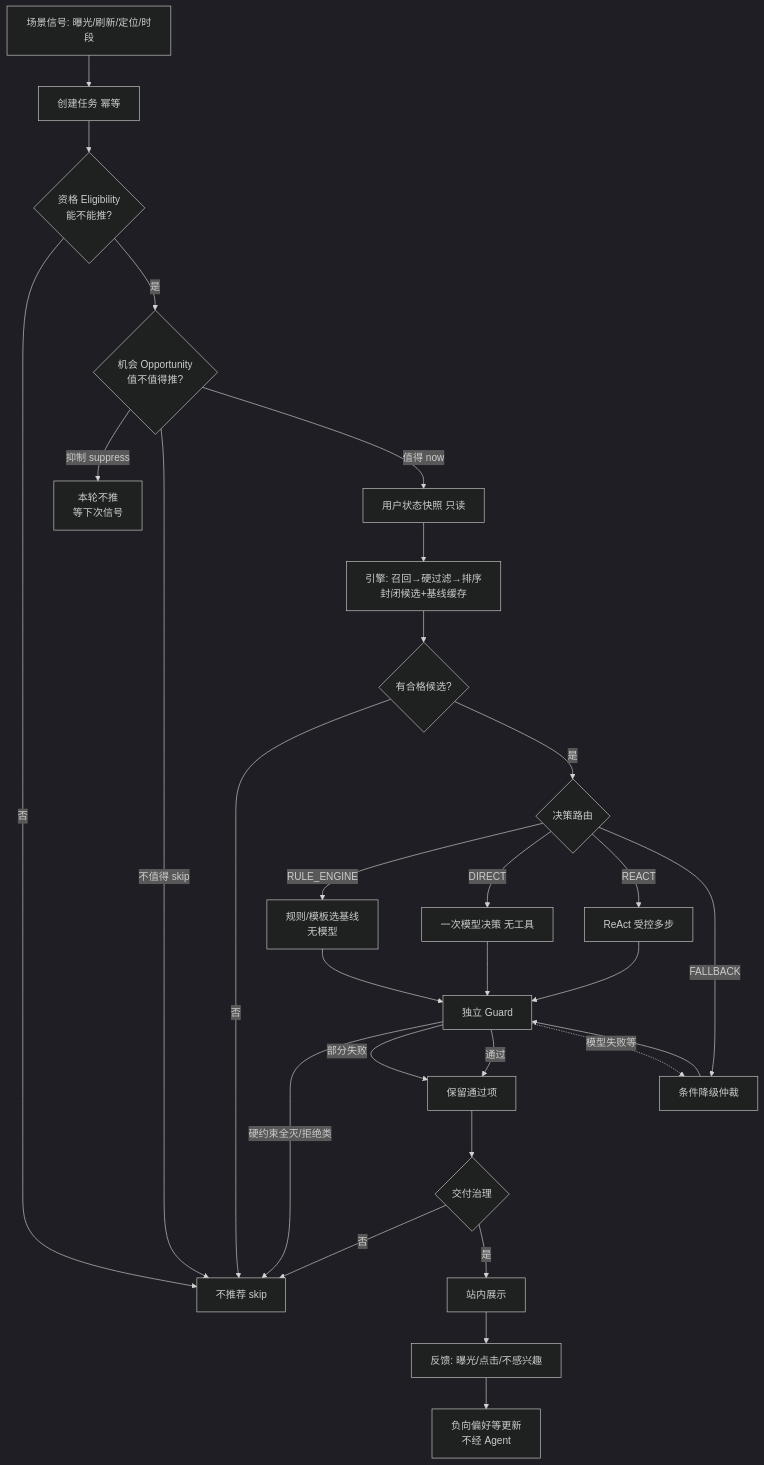
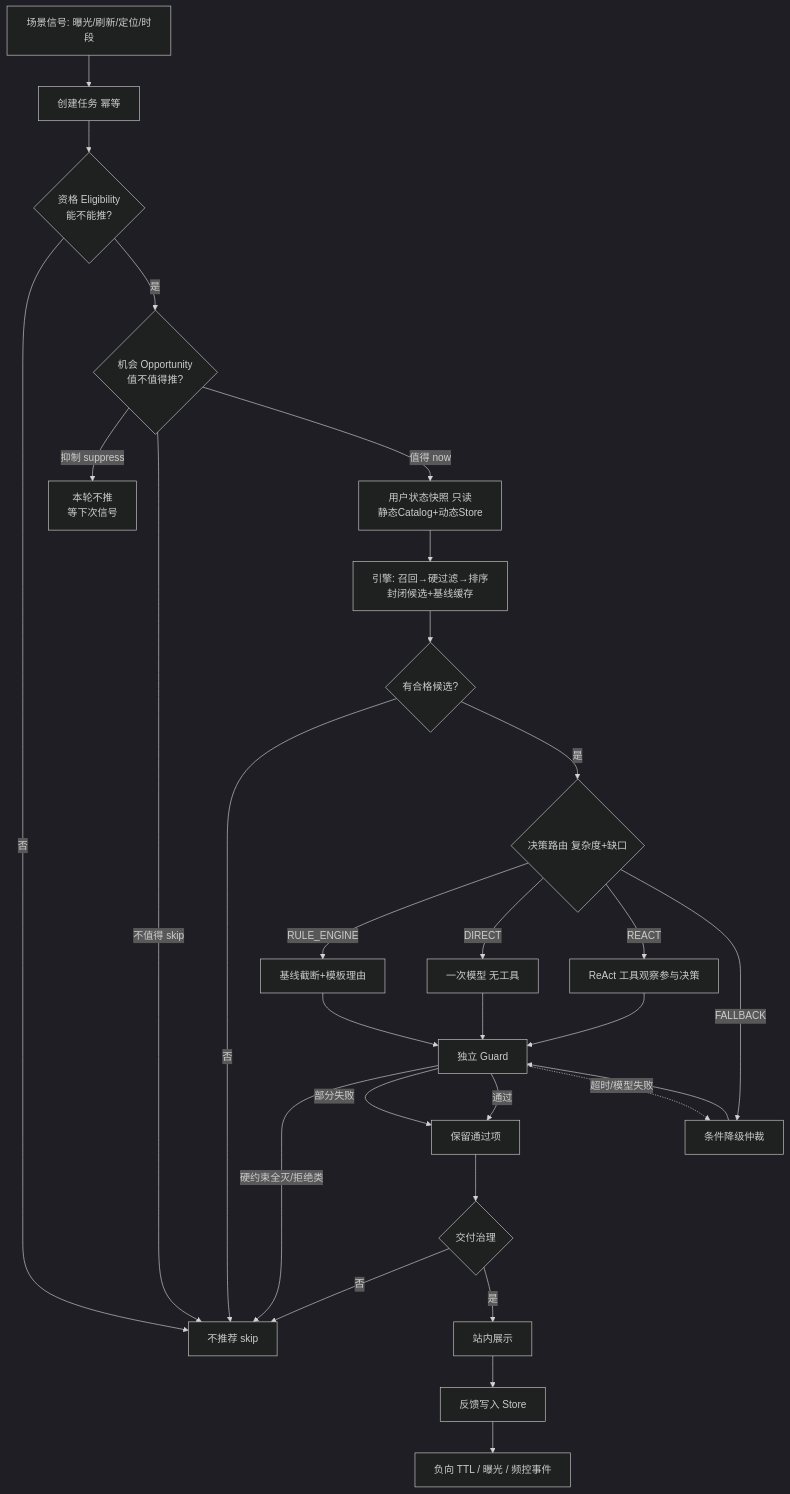
One commit to lhf2018/rec-agent changed the diagram in docs/技术方案.md. Above: the diagram before and after it, drawn with Mermaid (dark theme). The commit also changed other lines of this file, not shown here.

First line of the commit message:
Document v1.6 architecture fixes for store, deadline, guard, routing, and eval.

````diff
--- a/docs/技术方案.md
+++ b/docs/技术方案.md
@@ -58,31 +63,31 @@
 ```mermaid
 flowchart TD
   A[场景信号: 曝光/刷新/定位/时段] --> B[创建任务 幂等]
   B --> C{资格 Eligibility<br/>能不能推?}
   C -->|否| Z1[不推荐 skip]
   C -->|是| D{机会 Opportunity<br/>值不值得推?}
   D -->|抑制 suppress| Z2[本轮不推<br/>等下次信号]
   D -->|不值得 skip| Z1
-  D -->|值得 now| E[用户状态快照 只读]
+  D -->|值得 now| E[用户状态快照 只读<br/>静态Catalog+动态Store]
   E --> F[引擎: 召回→硬过滤→排序<br/>封闭候选+基线缓存]
   F --> G{有合格候选?}
   G -->|否| Z1
-  G -->|是| H{决策路由}
-  H -->|RULE_ENGINE| I[规则/模板选基线<br/>无模型]
-  H -->|DIRECT| J[一次模型决策 无工具]
-  H -->|REACT| K[ReAct 受控多步]
+  G -->|是| H{决策路由 复杂度+缺口}
+  H -->|RULE_ENGINE| I[基线截断+模板理由]
+  H -->|DIRECT| J[一次模型 无工具]
+  H -->|REACT| K[ReAct 工具观察参与决策]
   H -->|FALLBACK| L[条件降级仲裁]
   I --> M[独立 Guard]
   J --> M
   K --> M
   L --> M
   M -->|硬约束全灭/拒绝类| Z1
   M -->|部分失败| N[保留通过项]
   M -->|通过| N
   N --> O{交付治理}
   O -->|否| Z1
   O -->|是| P[站内展示]
-  P --> Q[反馈: 曝光/点击/不感兴趣]
-  Q --> R[负向偏好等更新<br/>不经 Agent]
-  M -.->|模型失败等| L
+  P --> Q[反馈写入 Store]
+  Q --> R[负向 TTL / 曝光 / 频控事件]
+  M -.->|超时/模型失败| L
 ```
````
